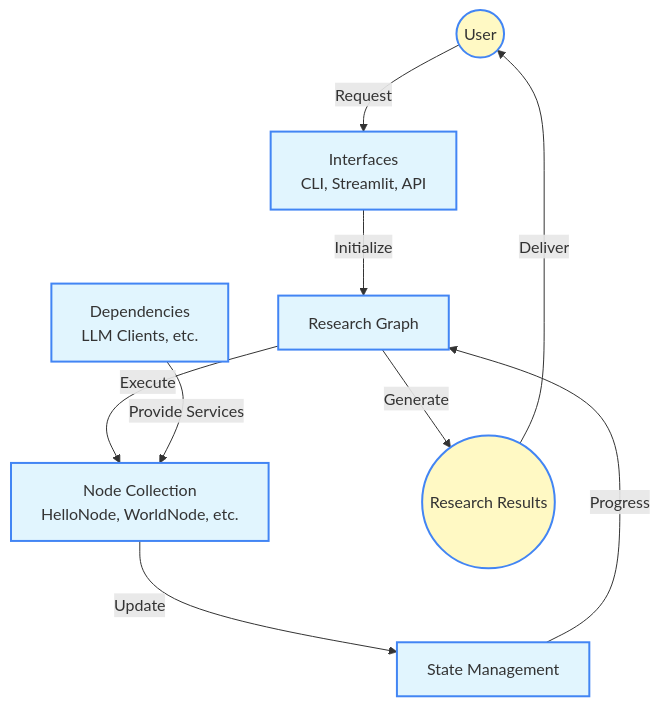
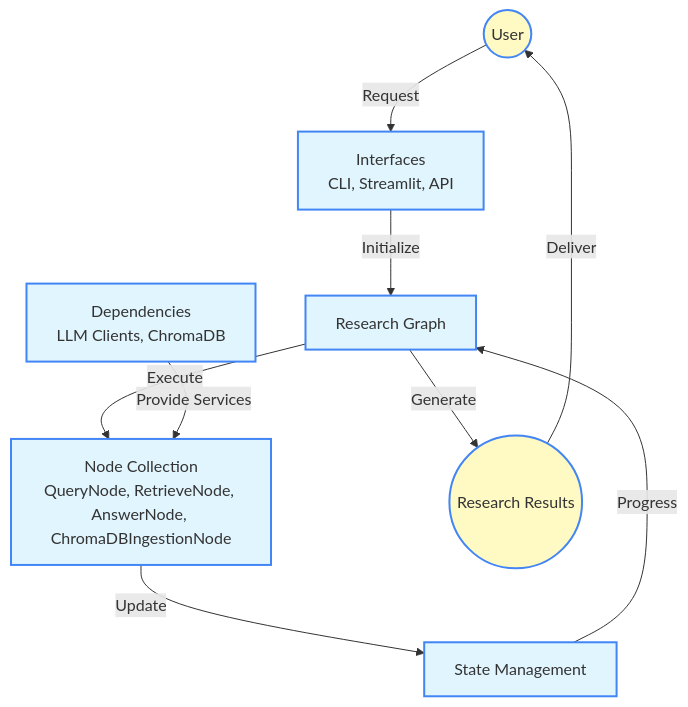
Before and after one commit to Alberto-Codes/research_assistant: the diagram in docs/architecture.md, drawn with Mermaid. The commit also changed other lines of this file and 7 other files, not shown here.

````diff
--- a/docs/architecture.md
+++ b/docs/architecture.md
@@ -9,17 +9,17 @@
 ```mermaid
 flowchart TD
     User((User)) --> |Request| Interfaces
     Interfaces[Interfaces\nCLI, Streamlit, API] --> |Initialize| Graph[Research Graph]
-    Graph --> |Execute| Nodes[Node Collection\nHelloNode, WorldNode, etc.]
+    Graph --> |Execute| Nodes[Node Collection\nQueryNode, RetrieveNode, AnswerNode, ChromaDBIngestionNode]
     Nodes --> |Update| State[State Management]
-    Deps[Dependencies\nLLM Clients, etc.] --> |Provide Services| Nodes
+    Deps[Dependencies\nLLM Clients, ChromaDB] --> |Provide Services| Nodes
     State --> |Progress| Graph
     Graph --> |Generate| Results((Research Results))
     Results --> |Deliver| User
     
     classDef user fill:#FFF9C4,stroke:#4285F4,stroke-width:2px;
     classDef component fill:#E1F5FE,stroke:#4285F4,stroke-width:2px;
     
     class User,Results user;
     class Interfaces,Graph,Nodes,State,Deps component;
 ```
````
